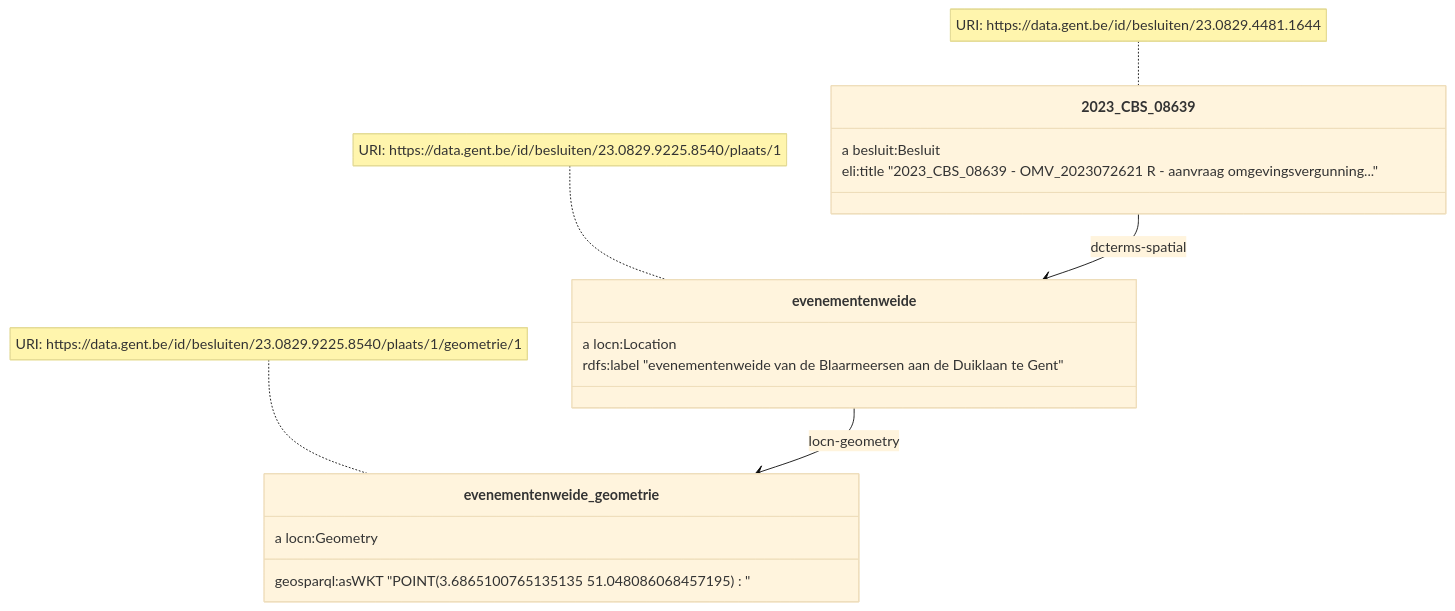
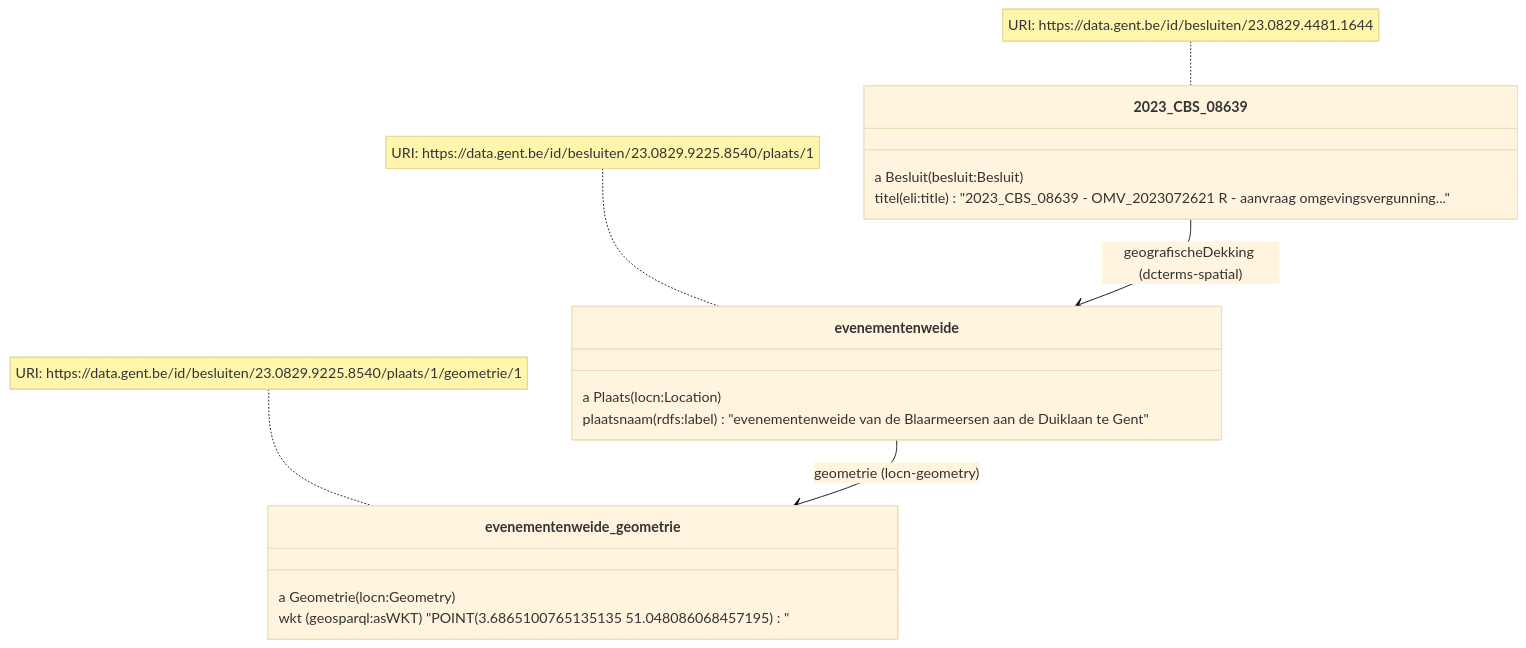
Before and after one commit to Informatievlaanderen/OSLOthema-slimmeRaadpleegOmgeving: the fourth of 9 diagrams in README.md, drawn with Mermaid (base theme). The commit also changed other lines of this file, not shown here.

Commit message:
Add label to associaties

````diff
--- a/README.md
+++ b/README.md
@@ -130,20 +130,20 @@
 ```mermaid
 classDiagram
-    2023_CBS_08639 --> evenementenweide: dcterms-spatial
-    evenementenweide --> evenementenweide_geometrie: locn-geometry
+    2023_CBS_08639 --> evenementenweide: geografischeDekking (dcterms-spatial)
+    evenementenweide --> evenementenweide_geometrie: geometrie (locn-geometry)
     note for 2023_CBS_08639 "URI: https://data.gent.be/id/besluiten/23.0829.4481.1644"
     note for evenementenweide "URI: https://data.gent.be/id/besluiten/23.0829.9225.8540/plaats/1"
     note for evenementenweide_geometrie "URI: https://data.gent.be/id/besluiten/23.0829.9225.8540/plaats/1/geometrie/1"
     class 2023_CBS_08639 {
-      a besluit:Besluit
-      eli:title "2023_CBS_08639 - OMV_2023072621 R - aanvraag omgevingsvergunning..."
+      a Besluit (besluit:Besluit)
+      titel (eli:title) "2023_CBS_08639 - OMV_2023072621 R - aanvraag omgevingsvergunning..."
     }
     class evenementenweide {
-      a locn:Location
-      rdfs:label "evenementenweide van de Blaarmeersen aan de Duiklaan te Gent"
+      a Plaats (locn:Location)
+      plaatsnaam (rdfs:label) "evenementenweide van de Blaarmeersen aan de Duiklaan te Gent"
     }
     class evenementenweide_geometrie {
-      a locn:Geometry
-      geosparql:asWKT "POINT(3.6865100765135135 51.048086068457195)"
+      a Geometrie (locn:Geometry)
+      wkt (geosparql:asWKT) "POINT(3.6865100765135135 51.048086068457195)"
     }
 ```
````
